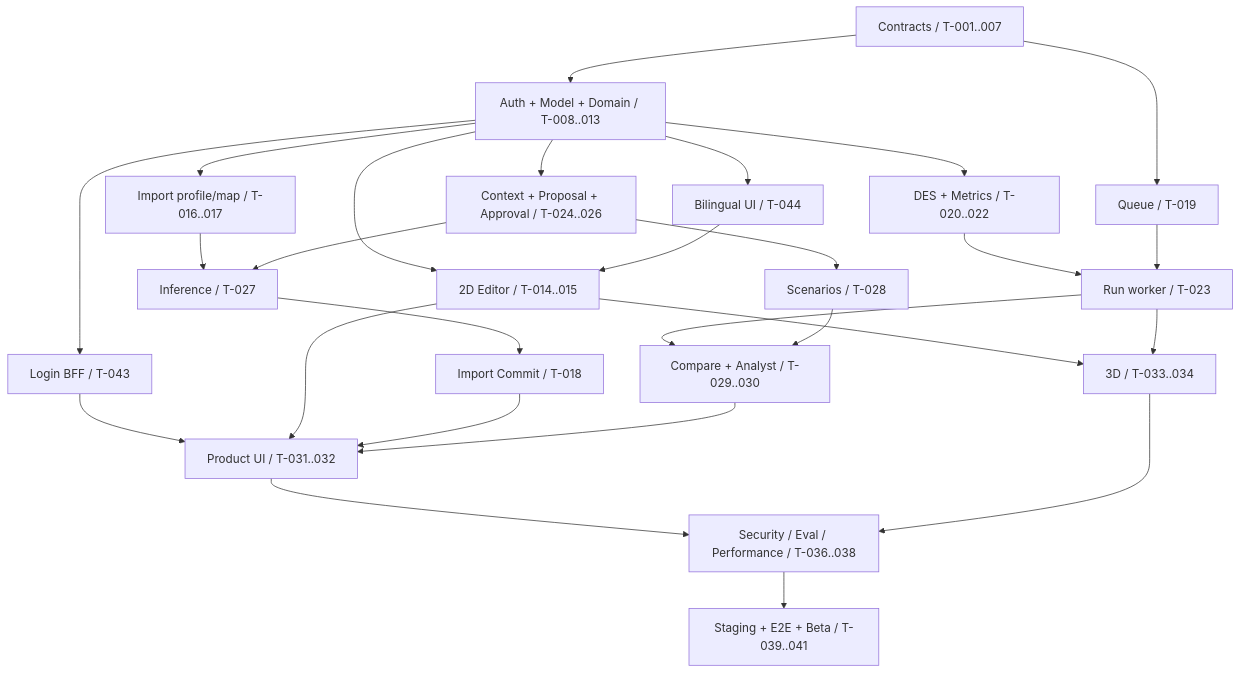
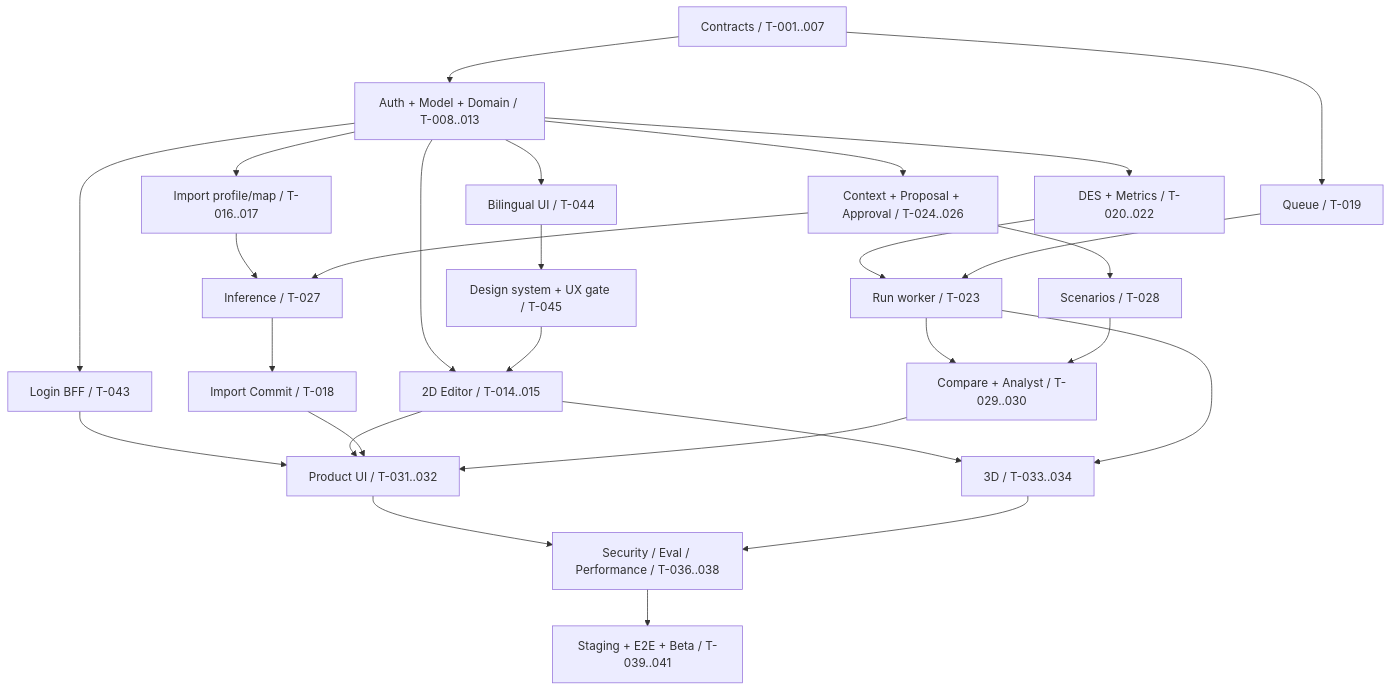
The diagram in docs/IMPLEMENTATION_PLAN.md (KCL1104/Geminus), drawn with Mermaid before and after one commit. The commit also changed other lines of this file and 9 other files, not shown here.

First line of the commit message:
Record H-007: a UI design and accessibility gate (REQ-023, TEST-033, T-045)

````diff
--- a/docs/IMPLEMENTATION_PLAN.md
+++ b/docs/IMPLEMENTATION_PLAN.md
@@ -13,29 +13,30 @@
 ```mermaid
 flowchart TD
   C[Contracts / T-001..007] --> V[Auth + Model + Domain / T-008..013]
   V --> E[2D Editor / T-014..015]
   V --> L[Login BFF / T-043]
   V --> L10N[Bilingual UI / T-044]
-  L10N --> E
+  L10N --> DS[Design system + UX gate / T-045]
+  DS --> E
   L --> UI
   V --> I[Import profile/map / T-016..017]
   V --> S[DES + Metrics / T-020..022]
   C --> J[Queue / T-019]
   S --> RUN[Run worker / T-023]
   J --> RUN
   V --> AI[Context + Proposal + Approval / T-024..026]
   I --> INF[Inference / T-027]
   AI --> INF
   INF --> COMMIT[Import Commit / T-018]
   AI --> SC[Scenarios / T-028]
   RUN --> RES[Compare + Analyst / T-029..030]
   SC --> RES
   E --> UI[Product UI / T-031..032]
   COMMIT --> UI
   RES --> UI
   E --> D3[3D / T-033..034]
   RUN --> D3
   UI --> G[Security / Eval / Performance / T-036..038]
   D3 --> G
   G --> B[Staging + E2E + Beta / T-039..041]
 ```
````
